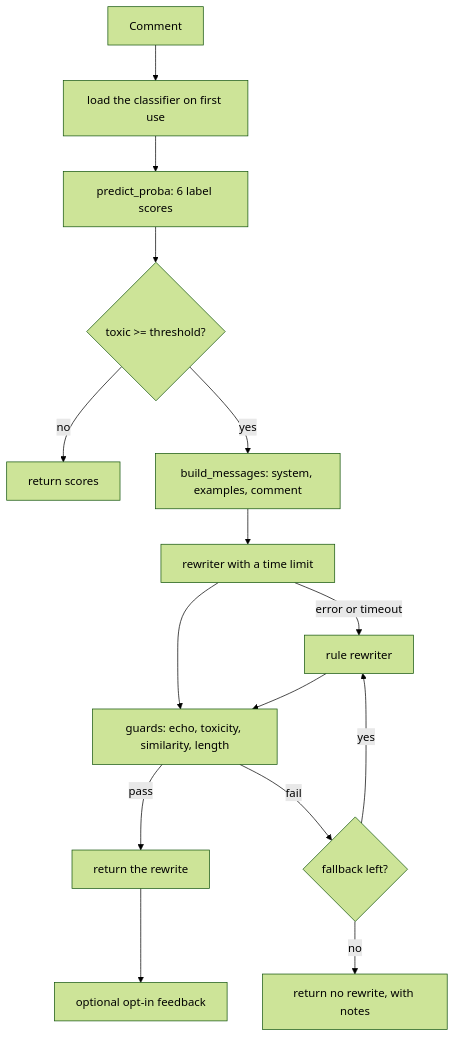
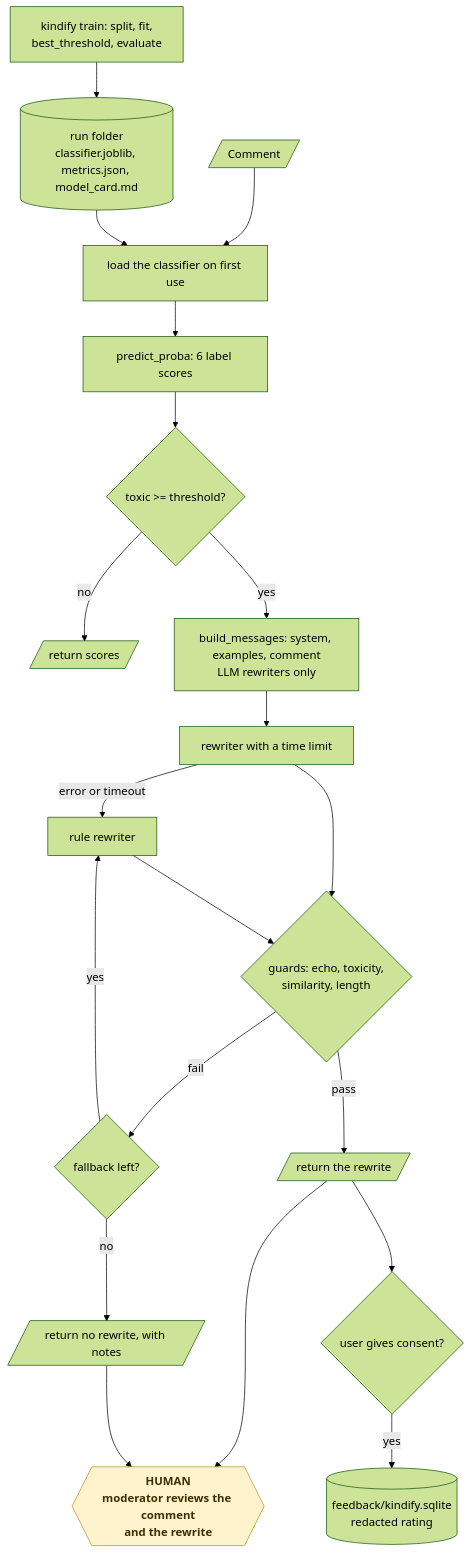
Before and after one commit to KrishnaAnnavaram/kindify: the fifth of 19 diagrams in README.md, drawn with Mermaid (forest theme). The commit also changed other lines of this file, not shown here.

Commit message:
Add the workflow diagrams to the README

````diff
--- a/README.md
+++ b/README.md
@@ -222,17 +285,25 @@
 ```mermaid
-flowchart TB
-    C["Comment"] --> L["load the classifier on first use"]
+flowchart TD
+    TR["kindify train: split, fit,<br/>best_threshold, evaluate"] --> RUN[("run folder<br/>classifier.joblib, metrics.json, model_card.md")]
+    C[/"Comment"/] --> L["load the classifier on first use"]
+    RUN --> L
     L --> P["predict_proba: 6 label scores"]
     P --> T{"toxic >= threshold?"}
-    T -- "no" --> R0["return scores"]
-    T -- "yes" --> M["build_messages: system, examples, comment"]
+    T -- "no" --> R0[/"return scores"/]
+    T -- "yes" --> M["build_messages: system, examples, comment<br/>LLM rewriters only"]
     M --> RW["rewriter with a time limit"]
     RW -- "error or timeout" --> FB["rule rewriter"]
-    RW --> G["guards: echo, toxicity, similarity, length"]
+    RW --> G{"guards: echo, toxicity,<br/>similarity, length"}
     FB --> G
-    G -- "pass" --> R1["return the rewrite"]
+    G -- "pass" --> R1[/"return the rewrite"/]
     G -- "fail" --> NEXT{"fallback left?"}
     NEXT -- "yes" --> FB
-    NEXT -- "no" --> R2["return no rewrite, with notes"]
-    R1 --> F["optional opt-in feedback"]
+    NEXT -- "no" --> R2[/"return no rewrite, with notes"/]
+    R1 --> HUMAN{{"HUMAN<br/>moderator reviews the comment<br/>and the rewrite"}}
+    R2 --> HUMAN
+    R1 --> F{"user gives consent?"}
+    F -- "yes" --> DB[("feedback/kindify.sqlite<br/>redacted rating")]
+
+    classDef human fill:#fff3cd,stroke:#b8901f,color:#3d2f00,font-weight:bold
+    class HUMAN human
 ```
````
